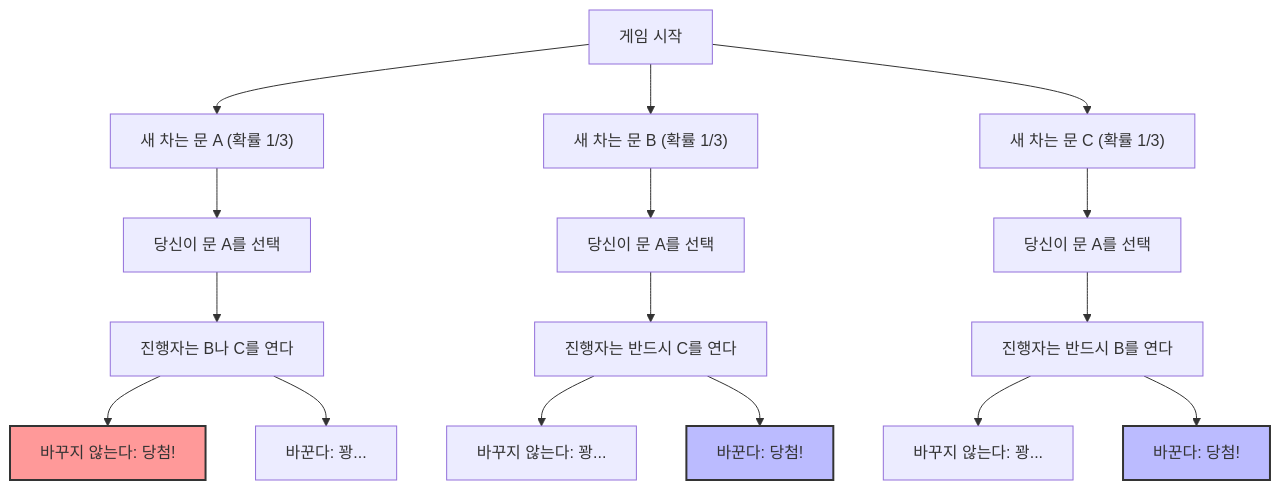
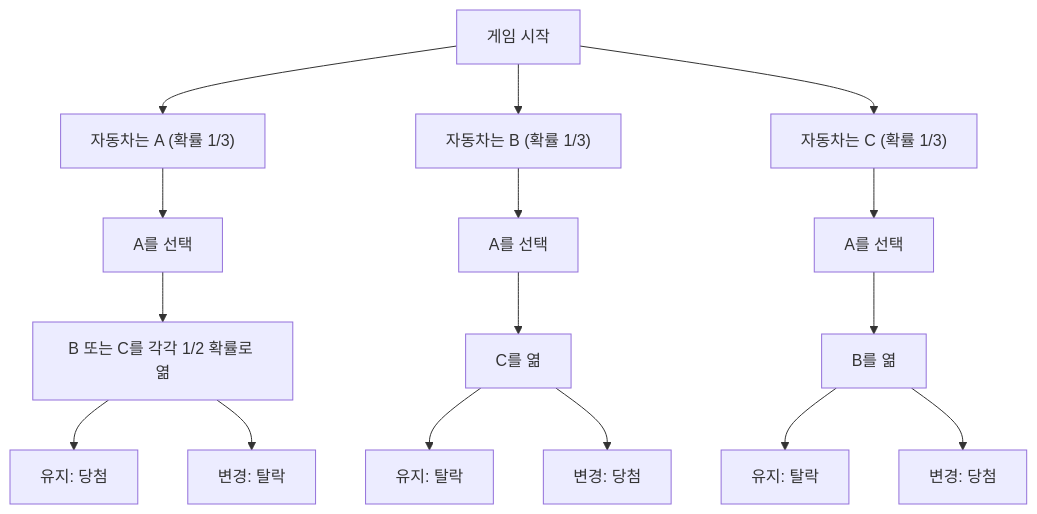
One commit to kenjinote/blog changed the first of 2 diagrams in content/post/モンティ・ホール問題/index.ko.md. Above: the diagram before and after it, drawn with Mermaid. The commit also changed other lines of this file and 8 other files, not shown here.

````diff
--- a/content/post/モンティ・ホール問題/index.ko.md
+++ b/content/post/モンティ・ホール問題/index.ko.md
@@ -44,27 +52,18 @@
 ```mermaid
 graph TD
-    Start["게임 시작"] --> CarA["새 차는 문 A (확률 1/3)"]
-    Start --> CarB["새 차는 문 B (확률 1/3)"]
-    Start --> CarC["새 차는 문 C (확률 1/3)"]
-
-    CarA --> PickA1["당신이 문 A를 선택"]
-    CarB --> PickA2["당신이 문 A를 선택"]
-    CarC --> PickA3["당신이 문 A를 선택"]
-
-    PickA1 --> HostB_or_C["진행자는 B나 C를 연다"]
-    PickA2 --> HostC["진행자는 반드시 C를 연다"]
-    PickA3 --> HostB["진행자는 반드시 B를 연다"]
-
-    HostB_or_C --> Stay1["바꾸지 않는다: 당첨!"]
-    HostB_or_C --> Switch1["바꾼다: 꽝..."]
-
-    HostC --> Stay2["바꾸지 않는다: 꽝..."]
-    HostC --> Switch2["바꾼다: 당첨!"]
-
-    HostB --> Stay3["바꾸지 않는다: 꽝..."]
-    HostB --> Switch3["바꾼다: 당첨!"]
-
-    style Switch2 fill:#bbf,stroke:#333,stroke-width:2px
-    style Switch3 fill:#bbf,stroke:#333,stroke-width:2px
-    style Stay1 fill:#f99,stroke:#333,stroke-width:2px
+    Start["게임 시작"] --> CarA["자동차는 A (확률 1/3)"]
+    Start --> CarB["자동차는 B (확률 1/3)"]
+    Start --> CarC["자동차는 C (확률 1/3)"]
+    CarA --> PickA1["A를 선택"]
+    CarB --> PickA2["A를 선택"]
+    CarC --> PickA3["A를 선택"]
+    PickA1 --> HostB_or_C["B 또는 C를 각각 1/2 확률로 엶"]
+    PickA2 --> HostC["C를 엶"]
+    PickA3 --> HostB["B를 엶"]
+    HostB_or_C --> Stay1["유지: 당첨"]
+    HostB_or_C --> Switch1["변경: 탈락"]
+    HostC --> Stay2["유지: 탈락"]
+    HostC --> Switch2["변경: 당첨"]
+    HostB --> Stay3["유지: 탈락"]
+    HostB --> Switch3["변경: 당첨"]
 ```
````
